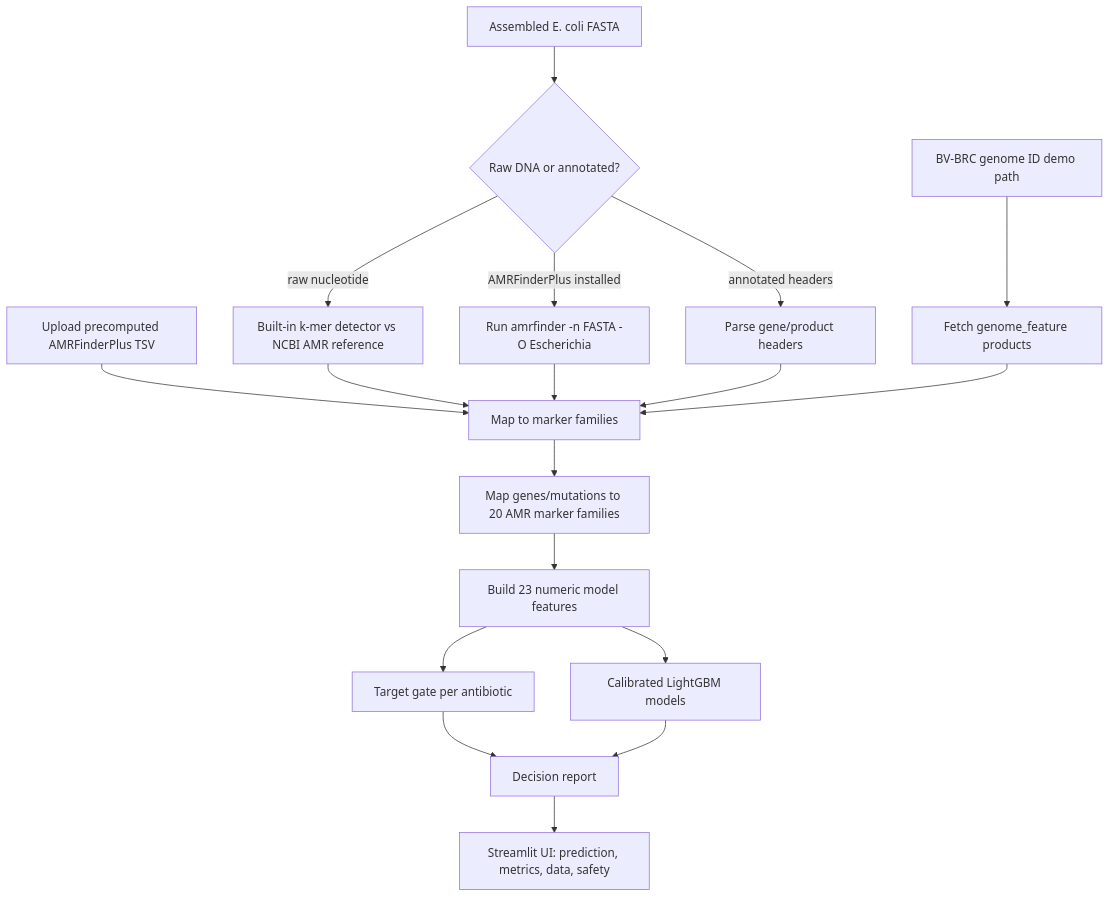
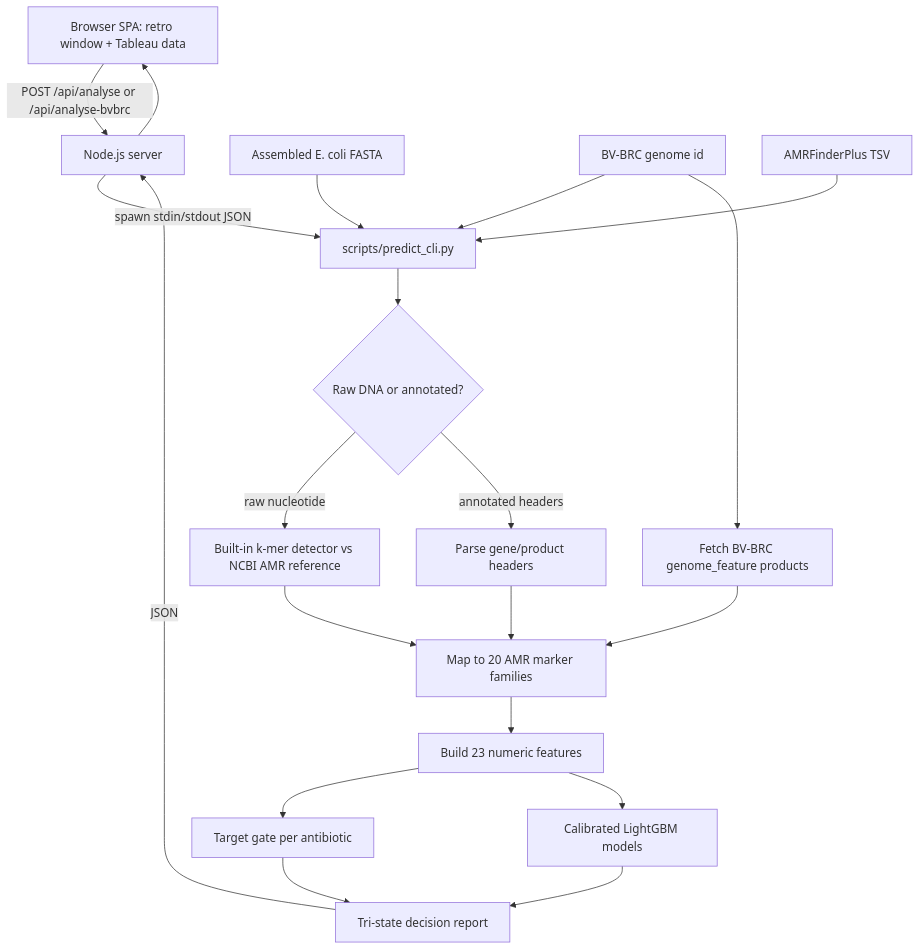
One commit to Akashsinghpanwar/hackNation changed the diagram in README.md. Above: the diagram before and after it, drawn with Mermaid. The commit also changed other lines of this file and 18 other files, not shown here.

First line of the commit message:
feat: Node/TS web app with real Python inference; remove Streamlit

````diff
--- a/README.md
+++ b/README.md
@@ -11,20 +18,21 @@
 ```mermaid
 flowchart TD
-    A[Assembled E. coli FASTA] --> B{Raw DNA or annotated?}
-    B -->|raw nucleotide| C[Built-in k-mer detector vs NCBI AMR reference]
-    B -->|AMRFinderPlus installed| C2[Run amrfinder -n FASTA -O Escherichia]
-    B -->|annotated headers| C3[Parse gene/product headers]
-    D[Upload precomputed AMRFinderPlus TSV] --> E[Map to marker families]
-    F[BV-BRC genome ID demo path] --> G[Fetch genome_feature products]
-    C --> E
-    C2 --> E
-    C3 --> E
-    G --> E
-    E --> H[Map genes/mutations to 20 AMR marker families]
-    H --> I[Build 23 numeric model features]
-    I --> J[Target gate per antibiotic]
-    I --> K[Calibrated LightGBM models]
-    J --> L[Decision report]
-    K --> L
-    L --> M[Streamlit UI: prediction, metrics, data, safety]
+    UI[Browser SPA: retro window + Tableau data] -->|POST /api/analyse or /api/analyse-bvbrc| N[Node.js server]
+    N -->|spawn stdin/stdout JSON| P[scripts/predict_cli.py]
+    A[Assembled E. coli FASTA] --> P
+    F[BV-BRC genome id] --> P
+    T[AMRFinderPlus TSV] --> P
+    P --> C{Raw DNA or annotated?}
+    C -->|raw nucleotide| K1[Built-in k-mer detector vs NCBI AMR reference]
+    C -->|annotated headers| K2[Parse gene/product headers]
+    F --> K3[Fetch BV-BRC genome_feature products]
+    K1 --> H[Map to 20 AMR marker families]
+    K2 --> H
+    K3 --> H
+    H --> V[Build 23 numeric features]
+    V --> G[Target gate per antibiotic]
+    V --> M[Calibrated LightGBM models]
+    G --> R[Tri-state decision report]
+    M --> R
+    R -->|JSON| N --> UI
 ```
````
